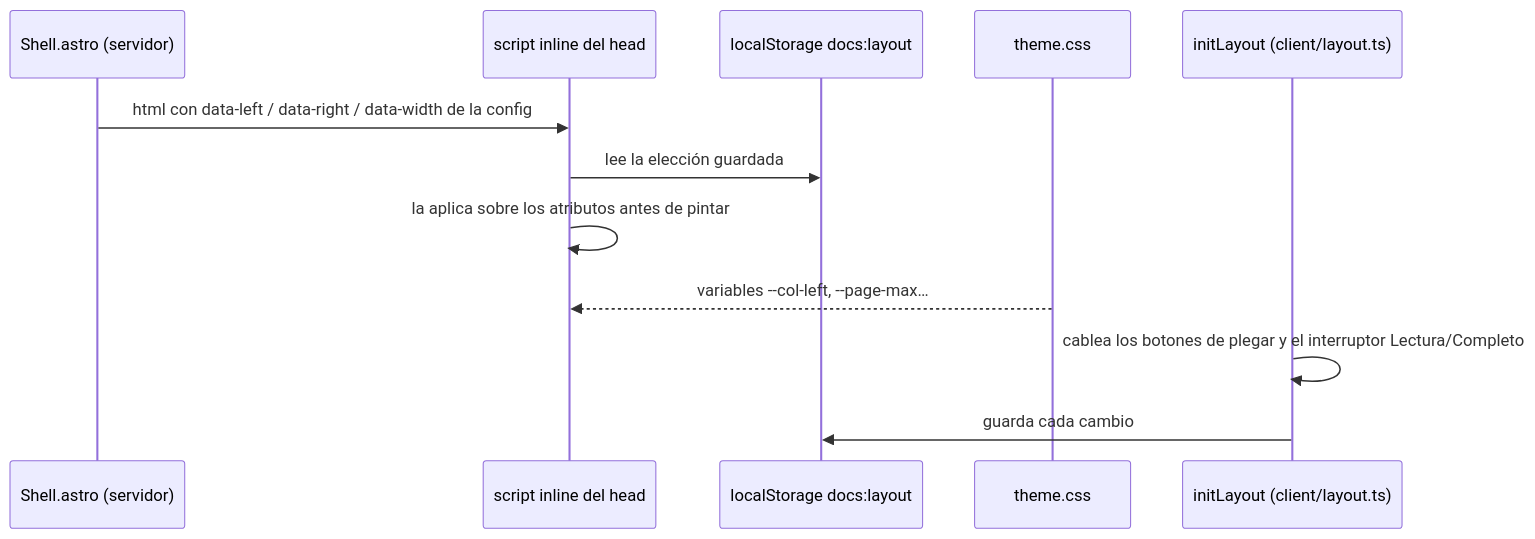
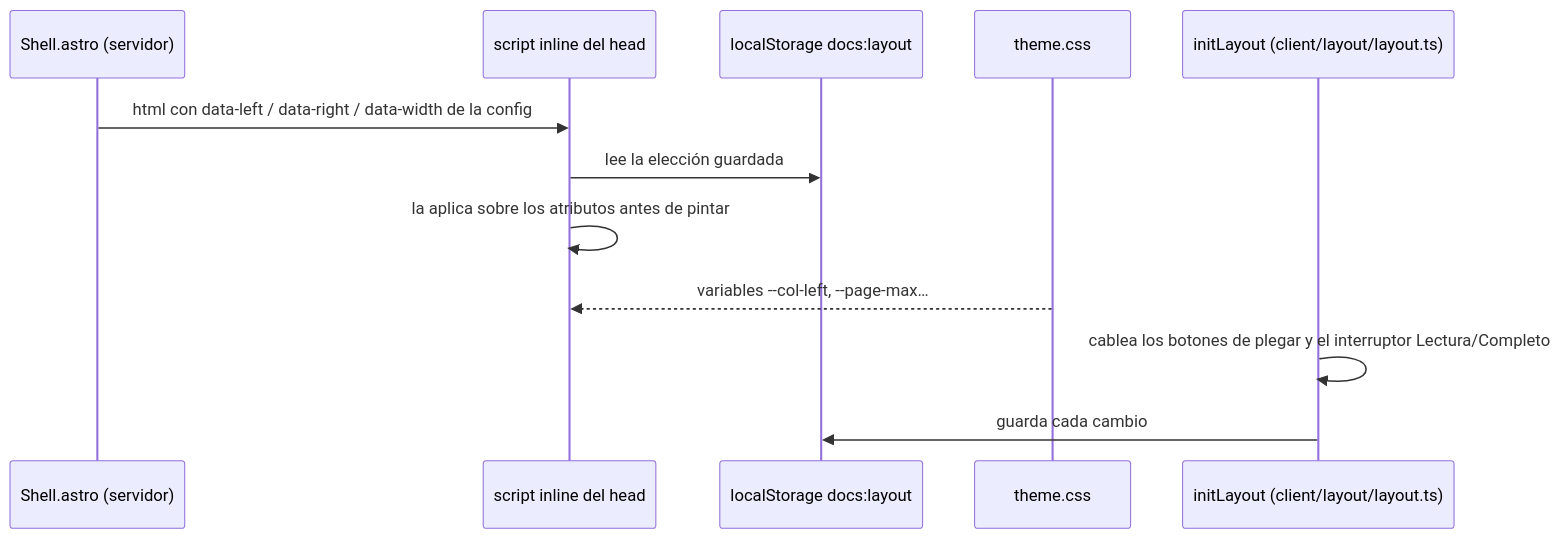
The diagram in docs/src/content/docs/integracion/disposicion.md (velezanthony/design), drawn with Mermaid before and after one commit. The commit also changed other lines of this file and 5 other files, not shown here.

````diff
--- a/docs/src/content/docs/integracion/disposicion.md
+++ b/docs/src/content/docs/integracion/disposicion.md
@@ -40,14 +40,14 @@
 ```mermaid
 sequenceDiagram
   participant Sv as Shell.astro (servidor)
   participant H as script inline del head
   participant S as localStorage docs:layout
   participant C as theme.css
-  participant L as initLayout (client/layout.ts)
+  participant L as initLayout (client/layout/layout.ts)
   Sv->>H: html con data-left / data-right / data-width de la config
   H->>S: lee la elección guardada
   H->>H: la aplica sobre los atributos antes de pintar
   C-->>H: variables --col-left, --page-max…
   L->>L: cablea los botones de plegar y el interruptor Lectura/Completo
   L->>S: guarda cada cambio
 ```
````
